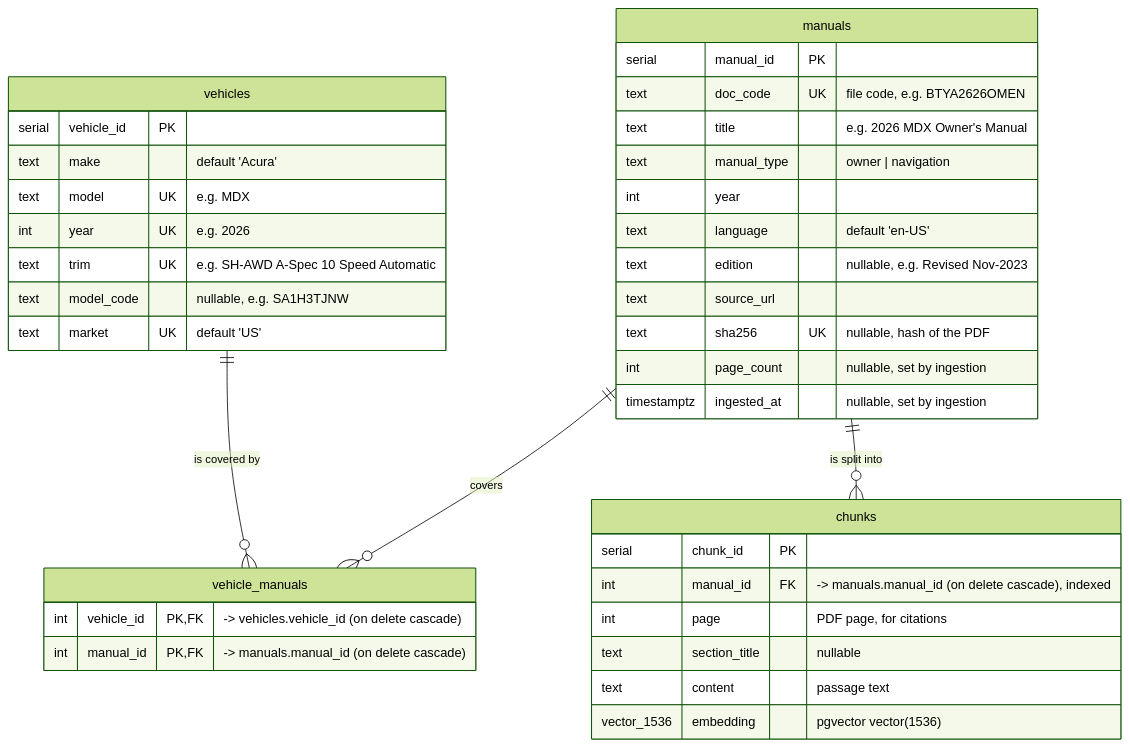
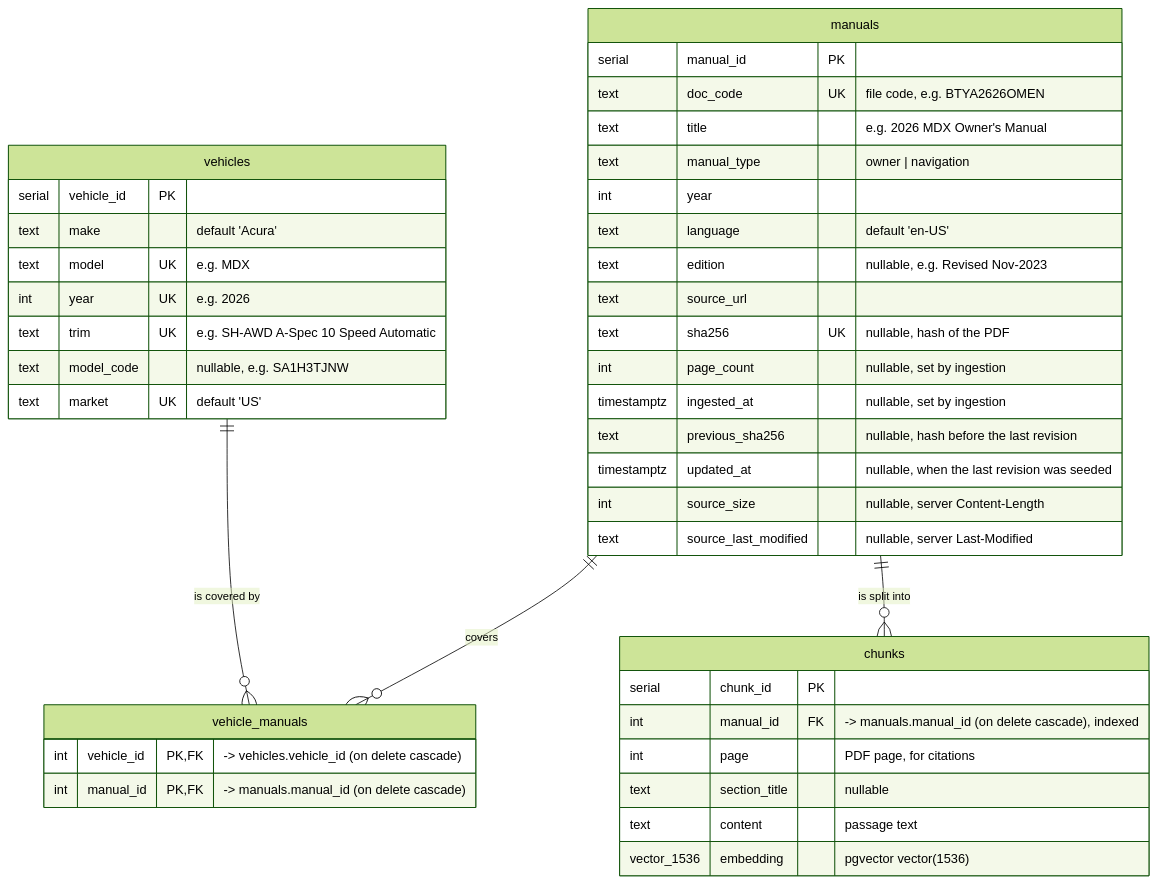
Before and after one commit to vascojm82/ai-eng-capstone-project: the diagram in scripts/db/schema.md, drawn with Mermaid (forest theme). The commit also changed 20 other files, not shown here.

````diff
--- a/scripts/db/schema.md
+++ b/scripts/db/schema.md
@@ -5,44 +5,48 @@
 ```mermaid
 erDiagram
     vehicles ||--o{ vehicle_manuals : "is covered by"
     manuals  ||--o{ vehicle_manuals : "covers"
     manuals  ||--o{ chunks : "is split into"
 
     vehicles {
         serial      vehicle_id  PK
         text        make        "default 'Acura'"
         text        model       UK "e.g. MDX"
         int         year        UK "e.g. 2026"
         text        trim        UK "e.g. SH-AWD A-Spec 10 Speed Automatic"
         text        model_code  "nullable, e.g. SA1H3TJNW"
         text        market      UK "default 'US'"
     }
 
     vehicle_manuals {
         int vehicle_id PK, FK "-> vehicles.vehicle_id (on delete cascade)"
         int manual_id  PK, FK "-> manuals.manual_id (on delete cascade)"
     }
 
     manuals {
         serial      manual_id    PK
         text        doc_code     UK "file code, e.g. BTYA2626OMEN"
         text        title        "e.g. 2026 MDX Owner's Manual"
         text        manual_type  "owner | navigation"
         int         year
         text        language     "default 'en-US'"
         text        edition      "nullable, e.g. Revised Nov-2023"
         text        source_url
         text        sha256       UK "nullable, hash of the PDF"
         int         page_count   "nullable, set by ingestion"
         timestamptz ingested_at  "nullable, set by ingestion"
+        text        previous_sha256      "nullable, hash before the last revision"
+        timestamptz updated_at           "nullable, when the last revision was seeded"
+        int         source_size          "nullable, server Content-Length"
+        text        source_last_modified "nullable, server Last-Modified"
     }
 
     chunks {
         serial      chunk_id      PK
         int         manual_id     FK "-> manuals.manual_id (on delete cascade), indexed"
         int         page          "PDF page, for citations"
         text        section_title "nullable"
         text        content       "passage text"
         vector_1536 embedding     "pgvector vector(1536)"
     }
 ```
````
